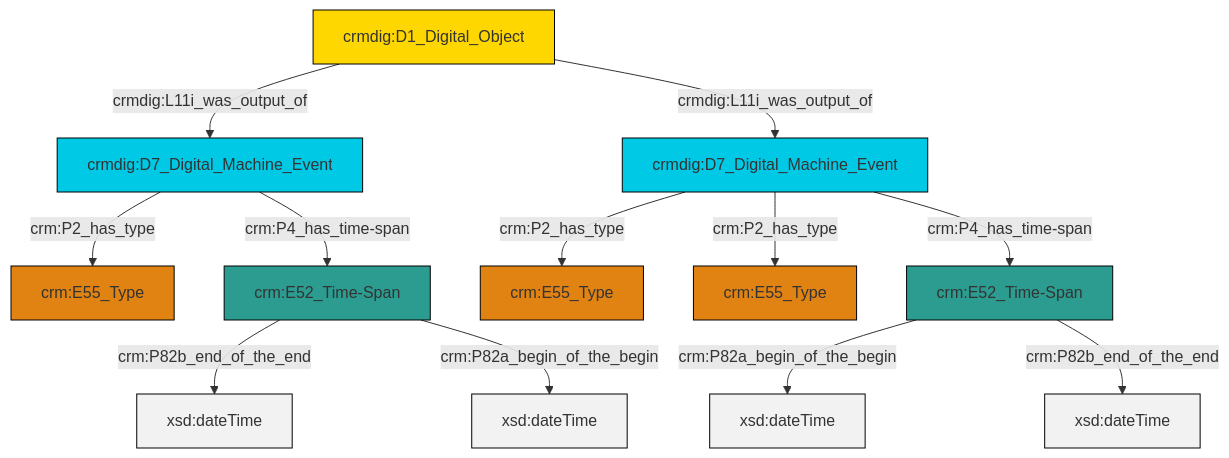
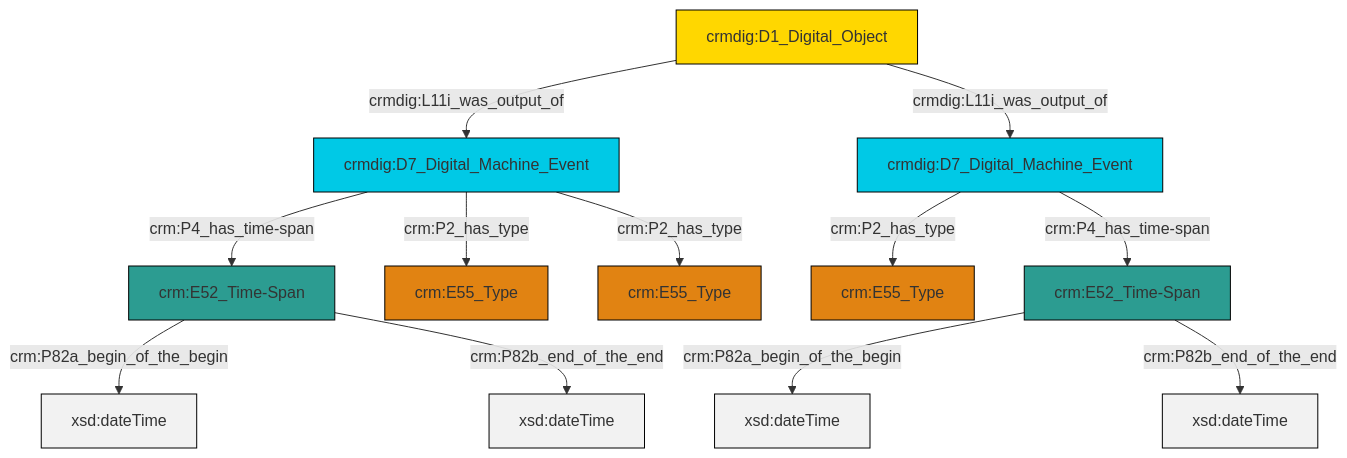
The diagram in et/doCSV/ttl/mmd/do_existence.ttl.mmd (swiss-art-research-net/docs.swissartresearch), drawn with Mermaid before and after one commit. The commit also changed 177 other files, not shown here.

```diff
--- a/et/doCSV/ttl/mmd/do_existence.ttl.mmd
+++ b/et/doCSV/ttl/mmd/do_existence.ttl.mmd
@@ -1,26 +1,26 @@
 graph TD
 classDef Literal fill:#f2f2f2,stroke:#000000;
 classDef CRM_Entity fill:#FFFFFF,stroke:#000000;
 classDef Temporal_Entity fill:#00C9E6, stroke:#000000;
 classDef Type fill:#E18312, stroke:#000000;
 classDef Time-Span fill:#2C9C91, stroke:#000000;
 classDef Appellation fill:#FFEB7F, stroke:#000000;
 classDef Place fill:#008836, stroke:#000000;
 classDef Persistent_Item fill:#B266B2, stroke:#000000;
 classDef Conceptual_Object fill:#FFD700, stroke:#000000;
 classDef Physical_Thing fill:#D2B48C, stroke:#000000;
 classDef Actor fill:#f58aad, stroke:#000000;
 classDef PC_Classes fill:#4ce600, stroke:#000000;
 classDef Multi fill:#cccccc,stroke:#000000;
 
-11["crm:E52_Time-Span"]:::Time-Span -->|crm:P82a_begin_of_the_begin| 12[xsd:dateTime]:::Literal
-2["crm:E52_Time-Span"]:::Time-Span -->|crm:P82b_end_of_the_end| 16[xsd:dateTime]:::Literal
-9["crmdig:D7_Digital_Machine_Event"]:::Temporal_Entity -->|crm:P4_has_time-span| 11["crm:E52_Time-Span"]:::Time-Span
-11["crm:E52_Time-Span"]:::Time-Span -->|crm:P82b_end_of_the_end| 17[xsd:dateTime]:::Literal
-19["crmdig:D7_Digital_Machine_Event"]:::Temporal_Entity -->|crm:P4_has_time-span| 2["crm:E52_Time-Span"]:::Time-Span
-9["crmdig:D7_Digital_Machine_Event"]:::Temporal_Entity -->|crm:P2_has_type| 6["crm:E55_Type"]:::Type
-9["crmdig:D7_Digital_Machine_Event"]:::Temporal_Entity -->|crm:P2_has_type| 4["crm:E55_Type"]:::Type
-13["crmdig:D1_Digital_Object"]:::Conceptual_Object -->|crmdig:L11i_was_output_of| 19["crmdig:D7_Digital_Machine_Event"]:::Temporal_Entity
-2["crm:E52_Time-Span"]:::Time-Span -->|crm:P82a_begin_of_the_begin| 20[xsd:dateTime]:::Literal
-19["crmdig:D7_Digital_Machine_Event"]:::Temporal_Entity -->|crm:P2_has_type| 0["crm:E55_Type"]:::Type
-13["crmdig:D1_Digital_Object"]:::Conceptual_Object -->|crmdig:L11i_was_output_of| 9["crmdig:D7_Digital_Machine_Event"]:::Temporal_Entity
+0["crm:E52_Time-Span"]:::Time-Span -->|crm:P82a_begin_of_the_begin| 1[xsd:dateTime]:::Literal
+2["crmdig:D7_Digital_Machine_Event"]:::Temporal_Entity -->|crm:P4_has_time-span| 0["crm:E52_Time-Span"]:::Time-Span
+2["crmdig:D7_Digital_Machine_Event"]:::Temporal_Entity -->|crm:P2_has_type| 11["crm:E55_Type"]:::Type
+13["crmdig:D1_Digital_Object"]:::Conceptual_Object -->|crmdig:L11i_was_output_of| 2["crmdig:D7_Digital_Machine_Event"]:::Temporal_Entity
+2["crmdig:D7_Digital_Machine_Event"]:::Temporal_Entity -->|crm:P2_has_type| 6["crm:E55_Type"]:::Type
+13["crmdig:D1_Digital_Object"]:::Conceptual_Object -->|crmdig:L11i_was_output_of| 15["crmdig:D7_Digital_Machine_Event"]:::Temporal_Entity
+0["crm:E52_Time-Span"]:::Time-Span -->|crm:P82b_end_of_the_end| 16[xsd:dateTime]:::Literal
+15["crmdig:D7_Digital_Machine_Event"]:::Temporal_Entity -->|crm:P2_has_type| 4["crm:E55_Type"]:::Type
+15["crmdig:D7_Digital_Machine_Event"]:::Temporal_Entity -->|crm:P4_has_time-span| 9["crm:E52_Time-Span"]:::Time-Span
+9["crm:E52_Time-Span"]:::Time-Span -->|crm:P82a_begin_of_the_begin| 18[xsd:dateTime]:::Literal
+9["crm:E52_Time-Span"]:::Time-Span -->|crm:P82b_end_of_the_end| 21[xsd:dateTime]:::Literal
```
